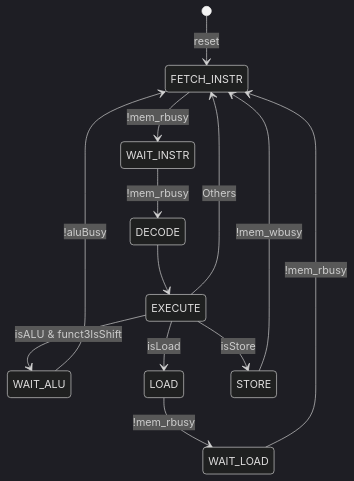
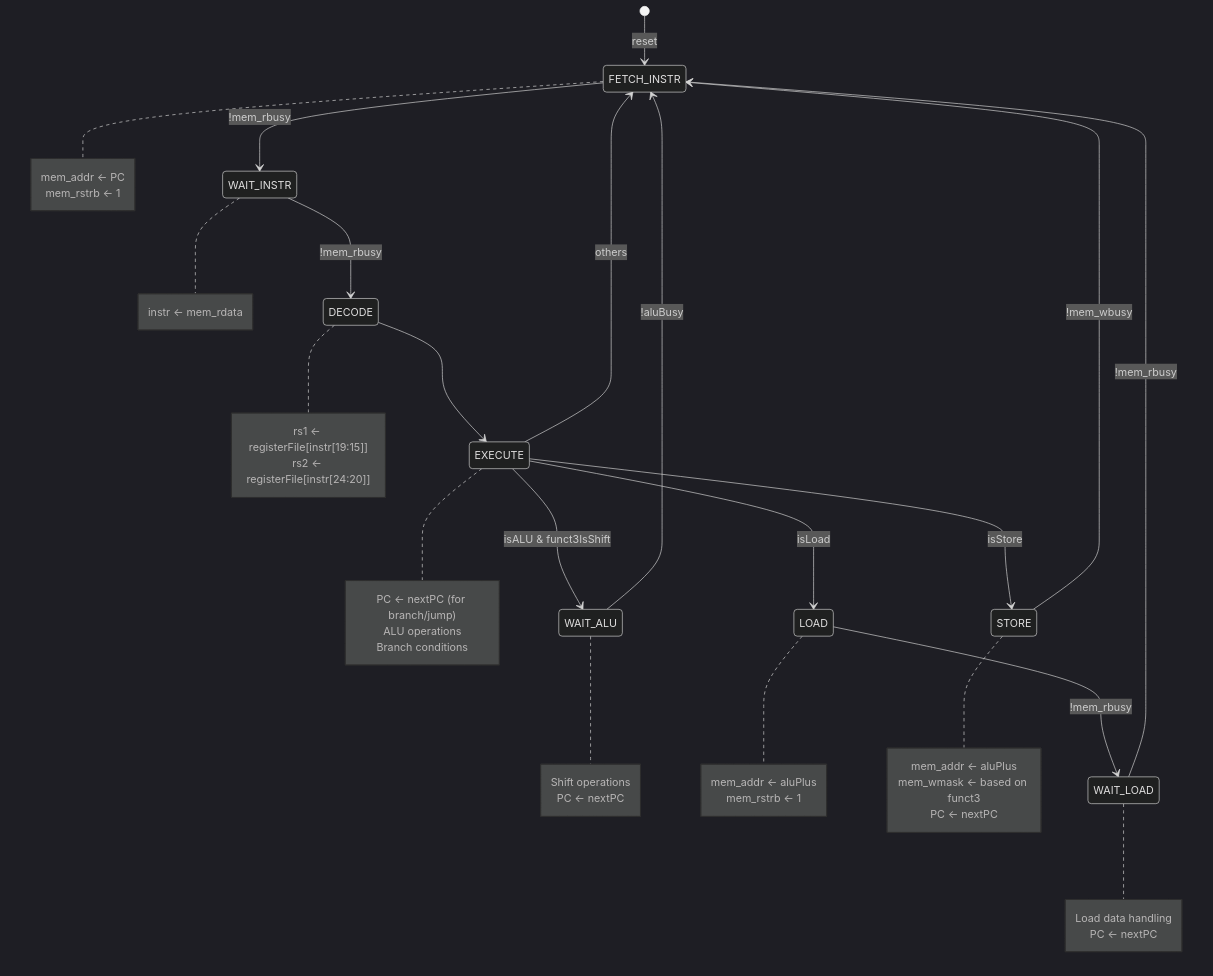
One commit to mamed00-dotcom/verilog_projects changed the first of 2 diagrams in femtorv_project/README.md. Above: the diagram before and after it, drawn with Mermaid (dark theme). The commit also changed other lines of this file, not shown here.

````diff
--- a/femtorv_project/README.md
+++ b/femtorv_project/README.md
@@ -86,15 +86,56 @@
 ```mermaid
 stateDiagram-v2
     [*] --> FETCH_INSTR: reset
+    
     FETCH_INSTR --> WAIT_INSTR: !mem_rbusy
+    note right of FETCH_INSTR
+        mem_addr ← PC
+        mem_rstrb ← 1
+    end note
+
     WAIT_INSTR --> DECODE: !mem_rbusy
+    note right of WAIT_INSTR
+        instr ← mem_rdata
+    end note
+
     DECODE --> EXECUTE
+    note right of DECODE
+        rs1 ← registerFile[instr[19:15]]
+        rs2 ← registerFile[instr[24:20]]
+    end note
+
     EXECUTE --> WAIT_ALU: isALU & funct3IsShift
     EXECUTE --> LOAD: isLoad
     EXECUTE --> STORE: isStore
-    EXECUTE --> FETCH_INSTR: Others
+    EXECUTE --> FETCH_INSTR: others
+    note right of EXECUTE
+        PC ← nextPC (for branch/jump)
+        ALU operations
+        Branch conditions
+    end note
+
     WAIT_ALU --> FETCH_INSTR: !aluBusy
+    note right of WAIT_ALU
+        Shift operations
+        PC ← nextPC
+    end note
+
     LOAD --> WAIT_LOAD: !mem_rbusy
+    note right of LOAD
+        mem_addr ← aluPlus
+        mem_rstrb ← 1
+    end note
+
     WAIT_LOAD --> FETCH_INSTR: !mem_rbusy
+    note right of WAIT_LOAD
+        Load data handling
+        PC ← nextPC
+    end note
+
     STORE --> FETCH_INSTR: !mem_wbusy
+    note right of STORE
+        mem_addr ← aluPlus
+        mem_wmask ← based on funct3
+        PC ← nextPC
+    end note
 ```
````
